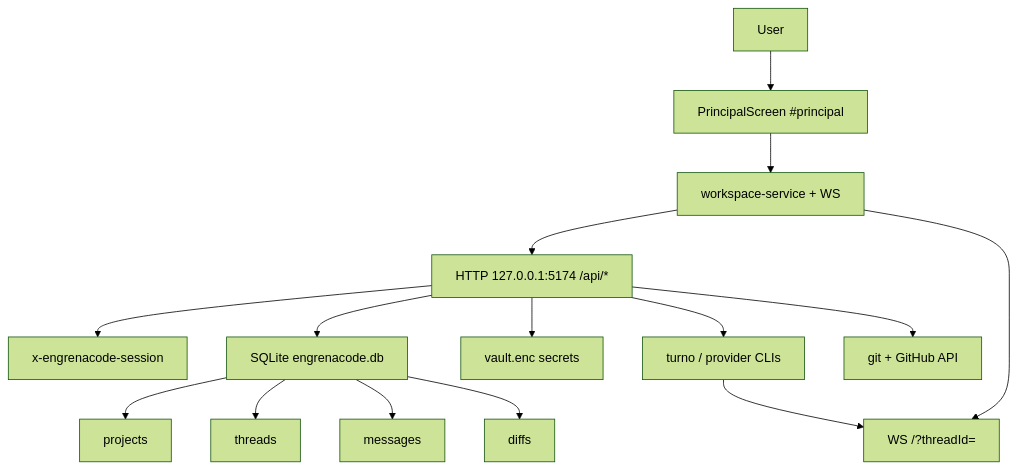
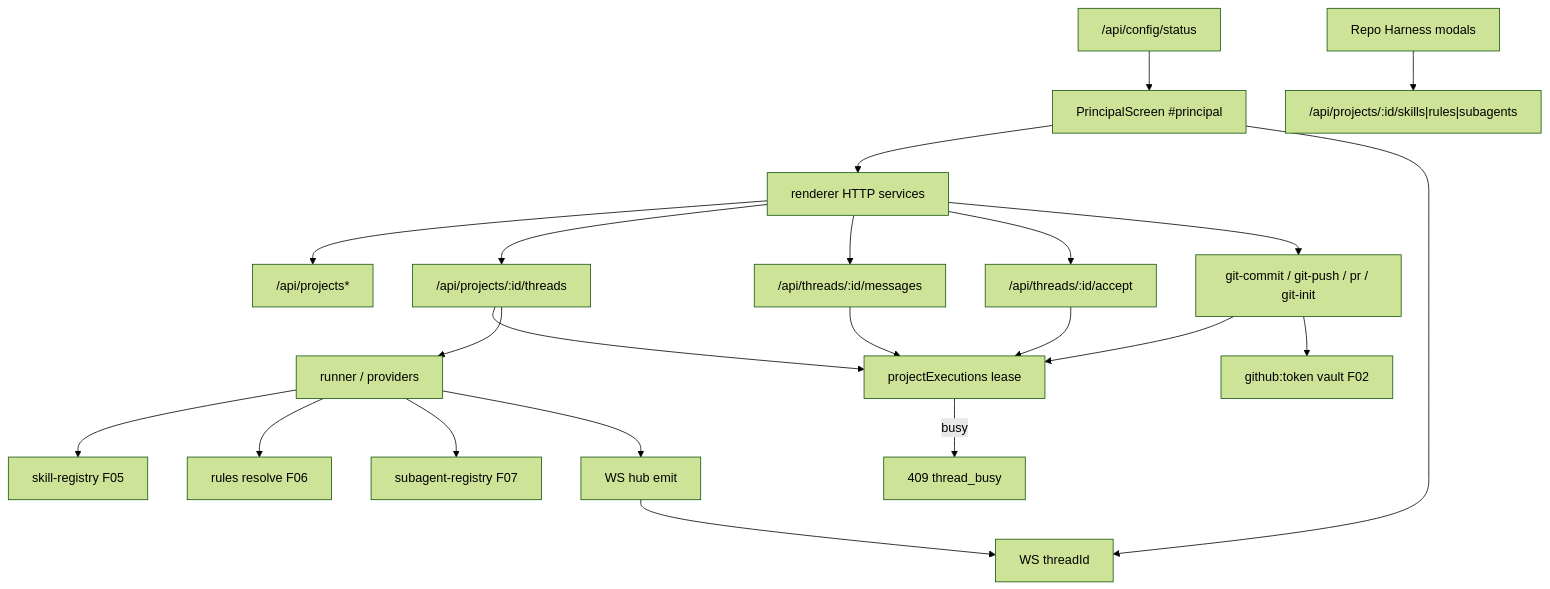
Before and after one commit to humbertoluks/engrena-code: the diagram in docs/F03-workspace/spec.md, drawn with Mermaid (forest theme). The commit also changed other lines of this file and 106 other files, not shown here.

````diff
--- a/docs/F03-workspace/spec.md
+++ b/docs/F03-workspace/spec.md
@@ -54,17 +44,24 @@
 ```mermaid
 graph TD
-  User --> Principal["PrincipalScreen #principal"]
-  Principal --> WsClient["workspace-service + WS"]
-  WsClient --> HttpApi["HTTP 127.0.0.1:5174 /api/*"]
-  WsClient --> WsHub["WS /?threadId="]
-  HttpApi --> Session["x-engrenacode-session"]
-  HttpApi --> Db["SQLite engrenacode.db"]
-  HttpApi --> Vault["vault.enc secrets"]
-  HttpApi --> Runner["turno / provider CLIs"]
-  HttpApi --> Git["git + GitHub API"]
-  Runner --> WsHub
-  Db --> Projects[projects]
-  Db --> Threads[threads]
-  Db --> Messages[messages]
-  Db --> Diffs[diffs]
+  UI["PrincipalScreen #principal"] --> Api["renderer HTTP services"]
+  UI --> WsClient["WS threadId"]
+  Api --> Projects["/api/projects*"]
+  Api --> Threads["/api/projects/:id/threads"]
+  Api --> Messages["/api/threads/:id/messages"]
+  Api --> Accept["/api/threads/:id/accept"]
+  Api --> Git["git-commit / git-push / pr / git-init"]
+  Threads --> Lease["projectExecutions lease"]
+  Messages --> Lease
+  Accept --> Lease
+  Git --> Lease
+  Lease -->|"busy"| Busy["409 thread_busy"]
+  Threads --> Runner["runner / providers"]
+  Runner --> Skills["skill-registry F05"]
+  Runner --> Rules["rules resolve F06"]
+  Runner --> Subs["subagent-registry F07"]
+  Runner --> WsHub["WS hub emit"]
+  WsHub --> WsClient
+  Git --> Vault["github:token vault F02"]
+  F02["/api/config/status"] --> UI
+  Harness["Repo Harness modals"] --> ApiCat["/api/projects/:id/skills|rules|subagents"]
 ```
````
